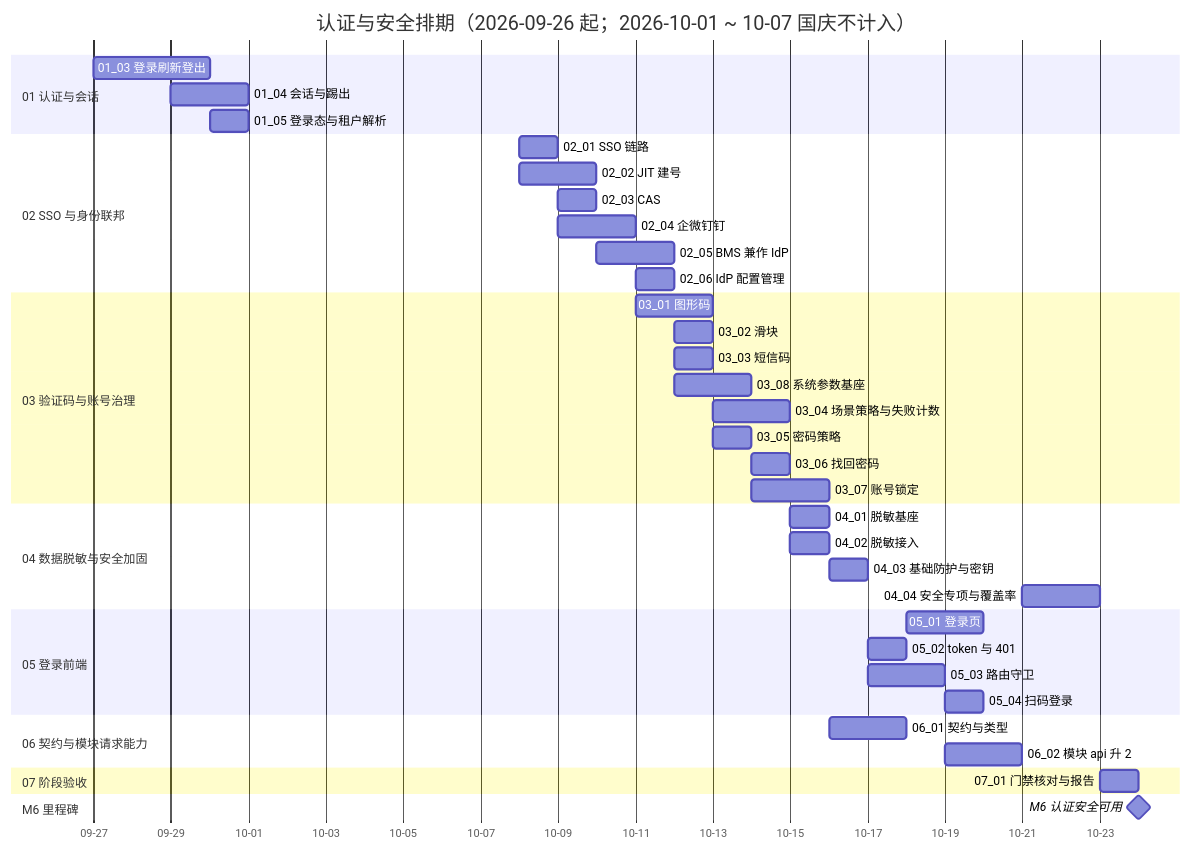
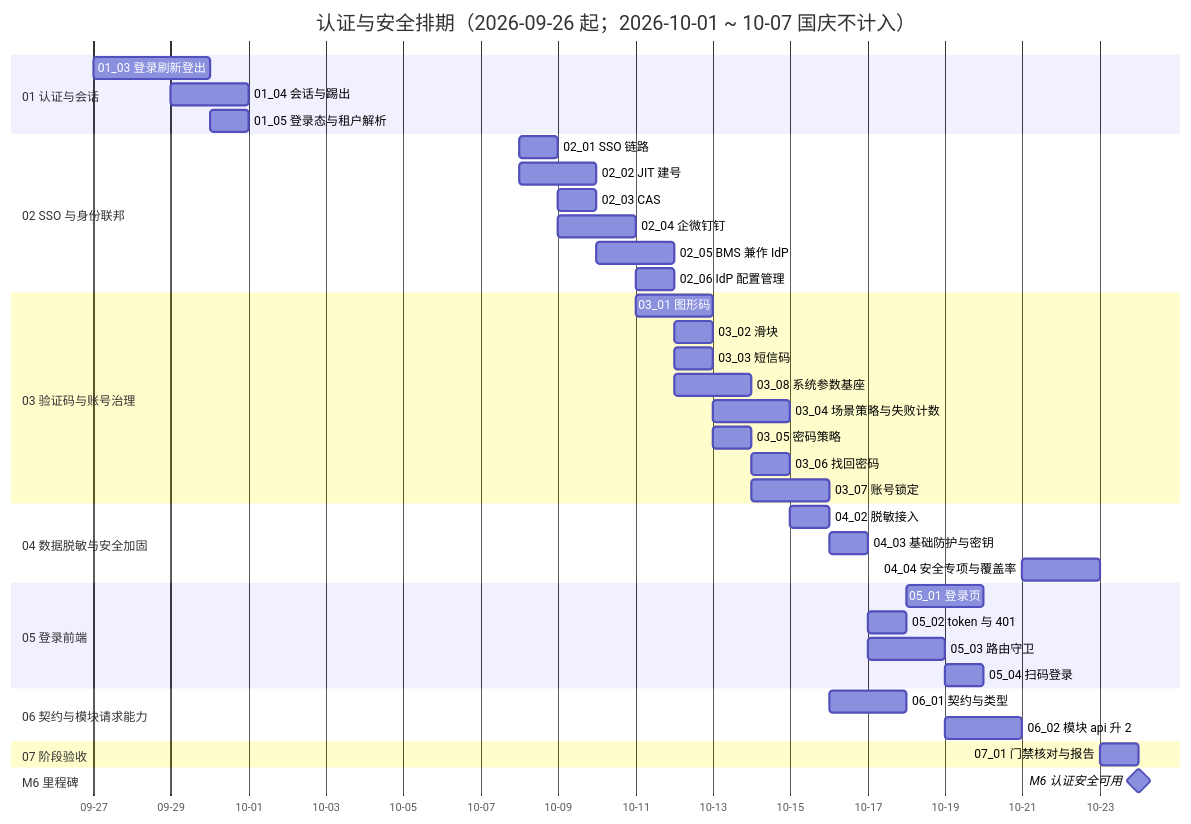
The diagram in bms文档/项目/06_认证与安全/计划/01_计划_认证与安全.md (minjian123/basic-management-system), drawn with Mermaid before and after one commit. The commit also changed other lines of this file and 7 other files, not shown here.

````diff
--- a/bms文档/项目/06_认证与安全/计划/01_计划_认证与安全.md
+++ b/bms文档/项目/06_认证与安全/计划/01_计划_认证与安全.md
@@ -60,43 +61,42 @@
 ```mermaid
 gantt
     title 认证与安全排期（2026-09-26 起；2026-10-01 ~ 10-07 国庆不计入）
     dateFormat  YYYY-MM-DD
     axisFormat %m-%d
     section 01 认证与会话
     01_03 登录刷新登出 :a3, 2026-09-27, 3d
     01_04 会话与踢出 :a4, 2026-09-29, 2d
     01_05 登录态与租户解析 :a5, 2026-09-30, 1d
     section 02 SSO 与身份联邦
     02_01 SSO 链路 :b1, 2026-10-08, 1d
     02_02 JIT 建号 :b2, 2026-10-08, 2d
     02_03 CAS :b3, 2026-10-09, 1d
     02_04 企微钉钉 :b4, 2026-10-09, 2d
     02_05 BMS 兼作 IdP :b5, 2026-10-10, 2d
     02_06 IdP 配置管理 :b6, 2026-10-11, 1d
     section 03 验证码与账号治理
     03_01 图形码 :c1, 2026-10-11, 2d
     03_02 滑块 :c2, 2026-10-12, 1d
     03_03 短信码 :c3, 2026-10-12, 1d
     03_08 系统参数基座 :c8, 2026-10-12, 2d
     03_04 场景策略与失败计数 :c4, 2026-10-13, 2d
     03_05 密码策略 :c5, 2026-10-13, 1d
     03_06 找回密码 :c6, 2026-10-14, 1d
     03_07 账号锁定 :c7, 2026-10-14, 2d
     section 04 数据脱敏与安全加固
-    04_01 脱敏基座 :d1, 2026-10-15, 1d
     04_02 脱敏接入 :d2, 2026-10-15, 1d
     04_03 基础防护与密钥 :d3, 2026-10-16, 1d
     04_04 安全专项与覆盖率 :d4, 2026-10-21, 2d
     section 05 登录前端
     05_01 登录页 :e1, 2026-10-18, 2d
     05_02 token 与 401 :e2, 2026-10-17, 1d
     05_03 路由守卫 :e3, 2026-10-17, 2d
     05_04 扫码登录 :e4, 2026-10-19, 1d
     section 06 契约与模块请求能力
     06_01 契约与类型 :f1, 2026-10-16, 2d
     06_02 模块 api 升 2 :f2, 2026-10-19, 2d
     section 07 阶段验收
     07_01 门禁核对与报告 :g1, 2026-10-23, 1d
     section M6 里程碑
     M6 认证安全可用 :milestone, mm6, 2026-10-24, 0d
 ```
````
